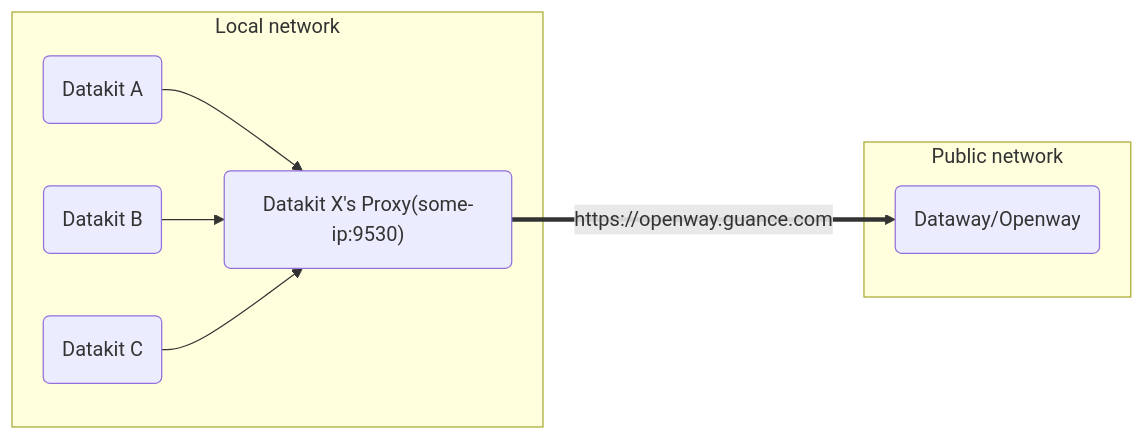
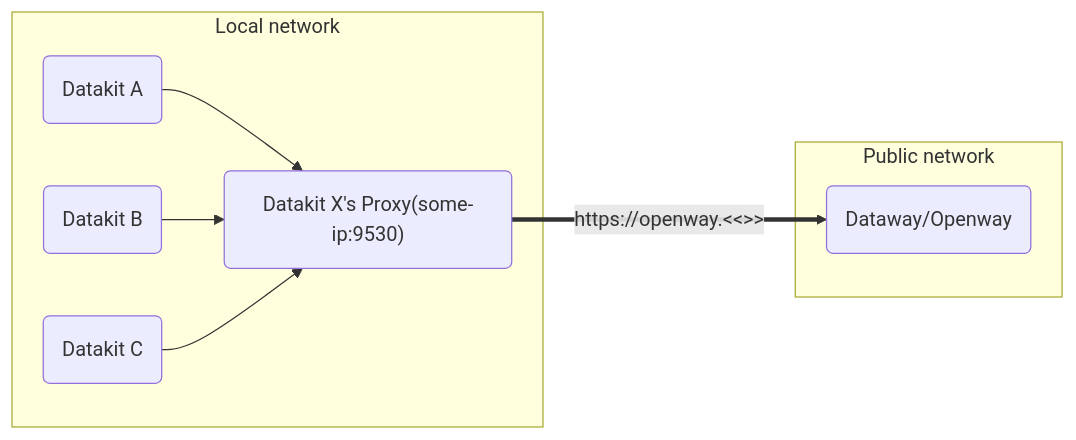
The diagram in internal/export/doc/en/inputs/proxy.md (GuanceCloud/datakit), drawn with Mermaid before and after one commit. The commit also changed 333 other files, not shown here.

````diff
--- a/internal/export/doc/en/inputs/proxy.md
+++ b/internal/export/doc/en/inputs/proxy.md
@@ -53,18 +53,18 @@
 ``` mermaid
 flowchart LR;
 dk_A(Datakit A);
 dk_B(Datakit B);
 dk_C(Datakit C);
 dk_X_proxy("Datakit X's Proxy(some-ip:9530)");
 dw(Dataway/Openway);
 
 subgraph "Local network"
 dk_A --> dk_X_proxy;
 dk_B --> dk_X_proxy;
 dk_C --> dk_X_proxy;
 end
 
 subgraph "Public network"
-dk_X_proxy ==> |https://openway.guance.com|dw;
+dk_X_proxy ==> |https://openway.<<<custom_key.brand_main_domain>>>|dw;
 end
 ```
````
